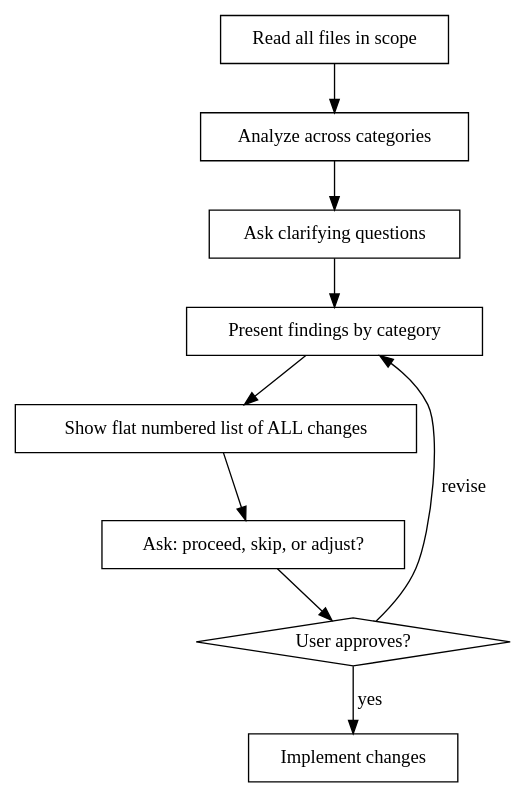
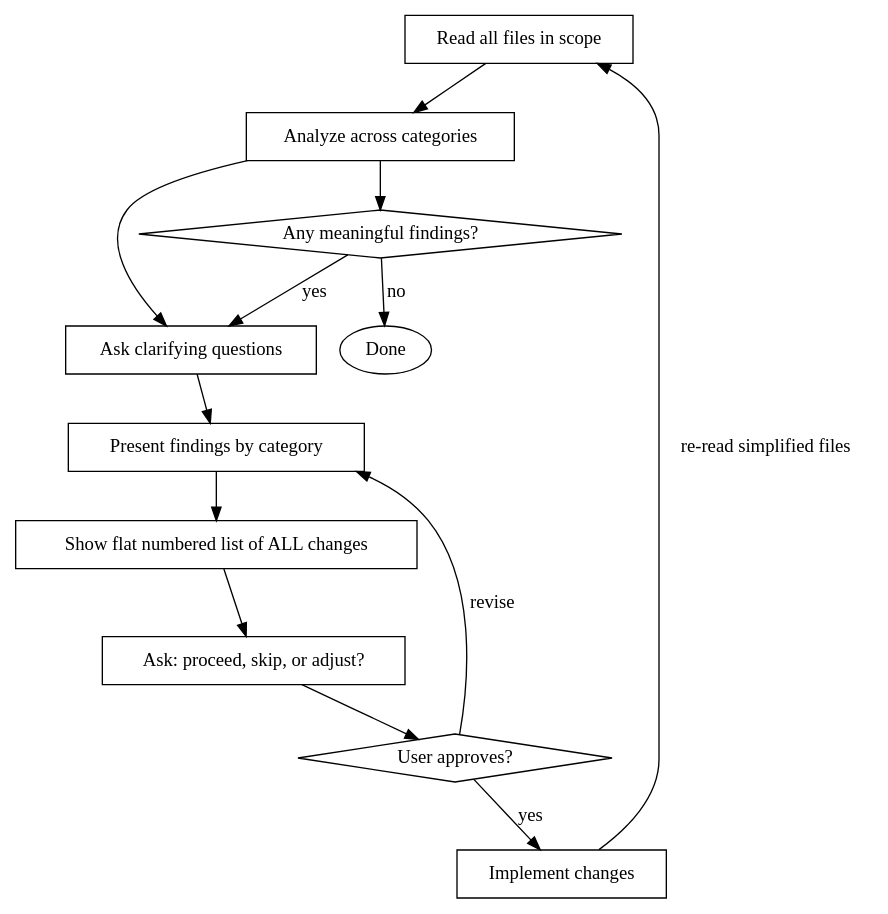
One commit to keybase/client changed the diagram in skill/simplify-ui-section/SKILL.md. Above: the diagram before and after it, drawn with Graphviz. The commit also changed other lines of this file, not shown here.

````diff
--- a/skill/simplify-ui-section/SKILL.md
+++ b/skill/simplify-ui-section/SKILL.md
@@ -16,21 +16,26 @@
 ```dot
 digraph simplify {
     "Read all files in scope" [shape=box];
     "Analyze across categories" [shape=box];
     "Ask clarifying questions" [shape=box];
     "Present findings by category" [shape=box];
     "Show flat numbered list of ALL changes" [shape=box];
     "Ask: proceed, skip, or adjust?" [shape=box];
     "User approves?" [shape=diamond];
     "Implement changes" [shape=box];
+    "Any meaningful findings?" [shape=diamond];
 
     "Read all files in scope" -> "Analyze across categories";
     "Analyze across categories" -> "Ask clarifying questions";
     "Ask clarifying questions" -> "Present findings by category";
     "Present findings by category" -> "Show flat numbered list of ALL changes";
     "Show flat numbered list of ALL changes" -> "Ask: proceed, skip, or adjust?";
-    "Ask: proceed, skip, or adjust?" -> "User approves?" ;
+    "Ask: proceed, skip, or adjust?" -> "User approves?";
     "User approves?" -> "Implement changes" [label="yes"];
     "User approves?" -> "Present findings by category" [label="revise"];
+    "Implement changes" -> "Read all files in scope" [label="re-read simplified files"];
+    "Analyze across categories" -> "Any meaningful findings?";
+    "Any meaningful findings?" -> "Ask clarifying questions" [label="yes"];
+    "Any meaningful findings?" -> "Done" [label="no"];
 }
 ```
````
